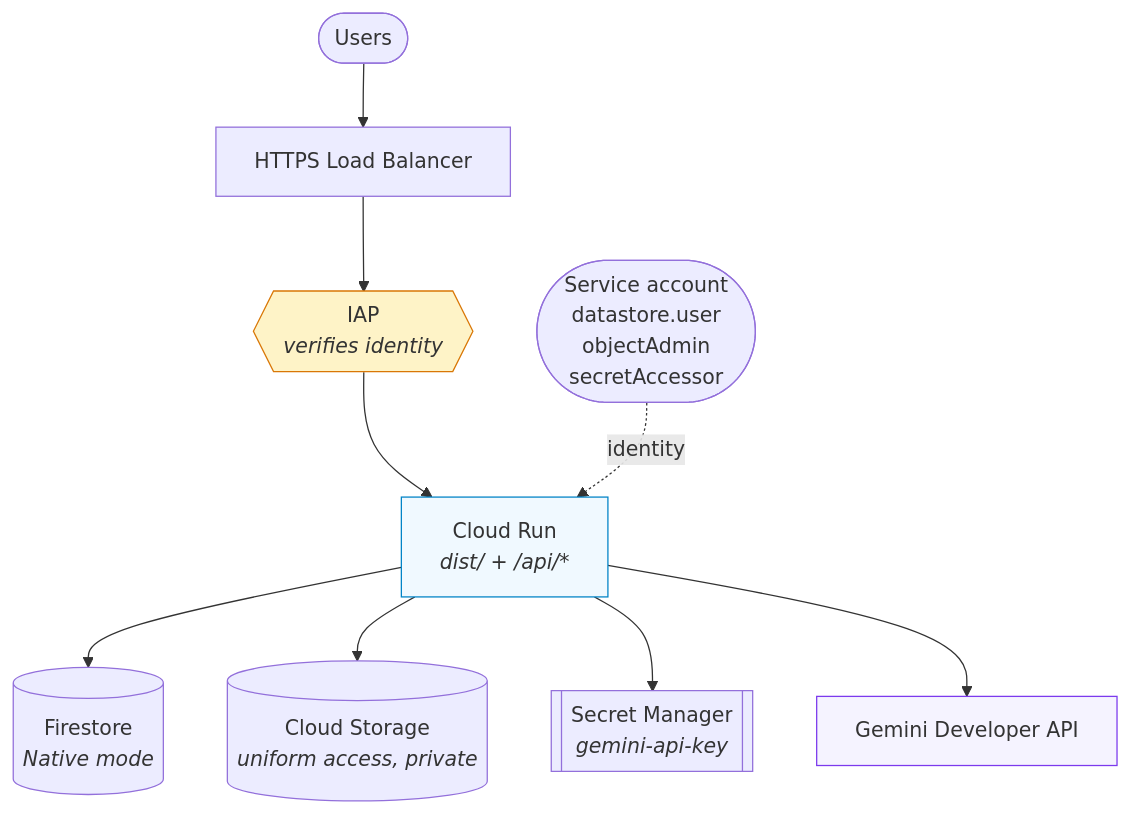
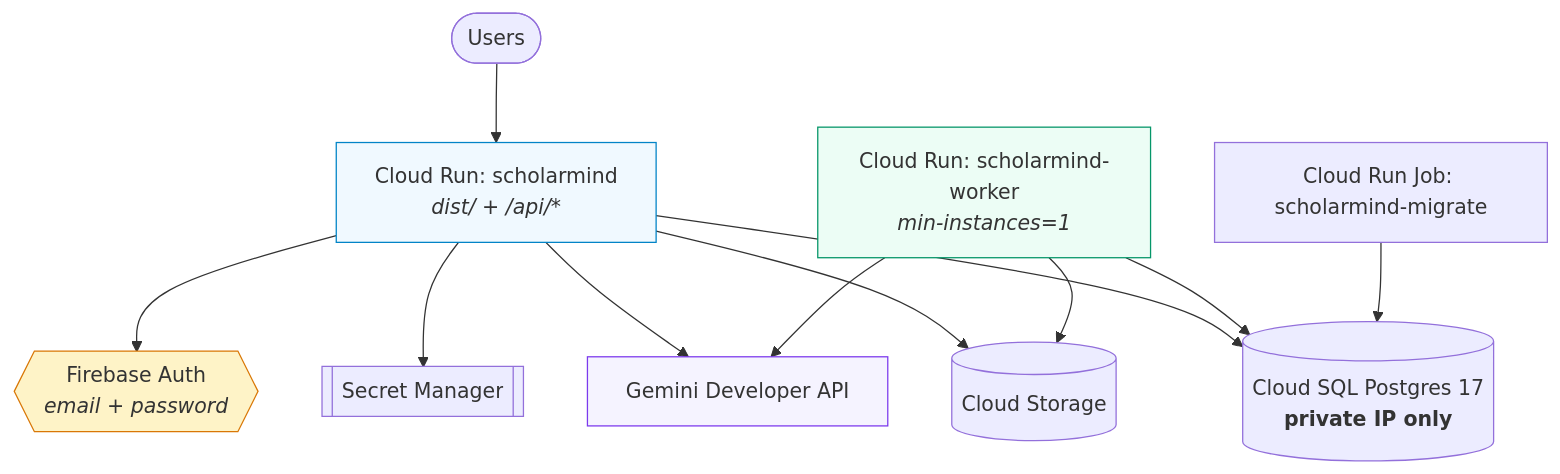
The diagram in docs/deployment/README.md (BuildGeekAI/scholar-mind), drawn with Mermaid before and after one commit. The commit also changed other lines of this file and 6 other files, not shown here.

````diff
--- a/docs/deployment/README.md
+++ b/docs/deployment/README.md
@@ -11,17 +13,24 @@
 ```mermaid
 flowchart TB
-    U([Users]) --> LB["HTTPS Load Balancer"]
-    LB --> IAP{{"IAP<br/><i>verifies identity</i>"}}
-    IAP --> CR["Cloud Run<br/><i>dist/ + /api/*</i>"]
+    U([Users]) --> CR
 
-    CR --> FS[("Firestore<br/><i>Native mode</i>")]
-    CR --> GCS[("Cloud Storage<br/><i>uniform access, private</i>")]
-    CR --> SM[["Secret Manager<br/><i>gemini-api-key</i>"]]
+    CR["Cloud Run: scholarmind<br/><i>dist/ + /api/*</i>"]
+    W["Cloud Run: scholarmind-worker<br/><i>min-instances=1</i>"]
+    J["Cloud Run Job: scholarmind-migrate"]
+
+    CR --> SQL[("Cloud SQL Postgres 17<br/><b>private IP only</b>")]
+    W --> SQL
+    J --> SQL
+
+    CR --> GCS[("Cloud Storage")]
+    W --> GCS
+    CR --> SM[["Secret Manager"]]
+    CR --> FB{{"Firebase Auth<br/><i>email + password</i>"}}
     CR --> GEM["Gemini Developer API"]
+    W --> GEM
 
-    SA(["Service account<br/>datastore.user<br/>objectAdmin<br/>secretAccessor"]) -.->|identity| CR
-
-    style IAP fill:#fef3c7,stroke:#d97706
     style CR fill:#f0f9ff,stroke:#0284c7
+    style W fill:#ecfdf5,stroke:#059669
+    style FB fill:#fef3c7,stroke:#d97706
     style GEM fill:#f5f3ff,stroke:#7c3aed
 ```
````
